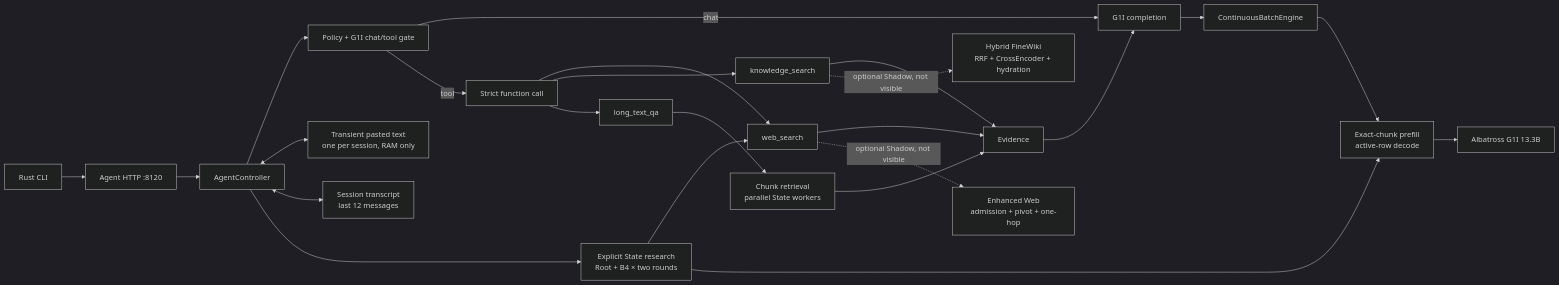
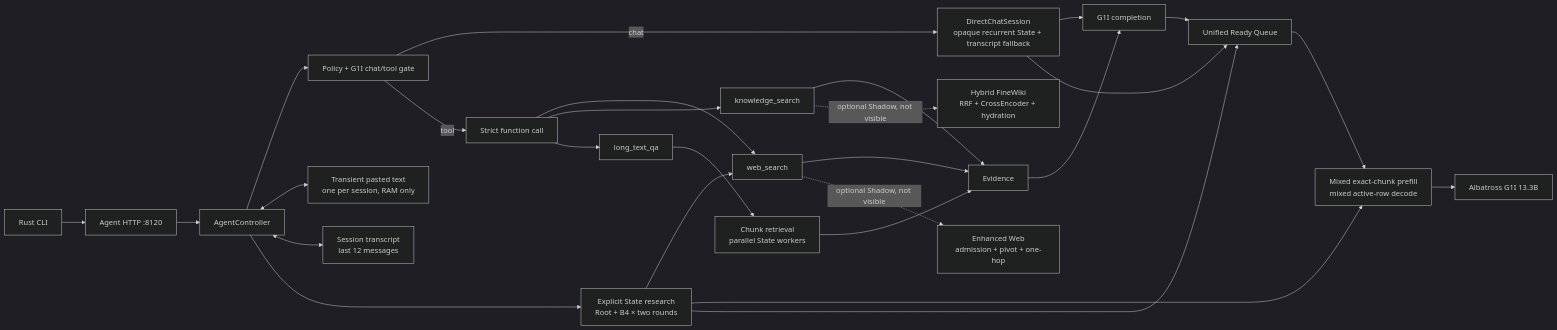
Before and after one commit to 123123213weqw/rwkv-agent: the diagram in docs/RWKV_AGENT.md, drawn with Mermaid (dark theme). The commit also changed other lines of this file and 145 other files, not shown here.

````diff
--- a/docs/RWKV_AGENT.md
+++ b/docs/RWKV_AGENT.md
@@ -63,26 +63,29 @@
 ```mermaid
 flowchart LR
     CLI["Rust CLI"] --> API["Agent HTTP :8120"]
     API --> C["AgentController"]
     C --> G["Policy + G1I chat/tool gate"]
     C <--> T["Transient pasted text\none per session, RAM only"]
-    G -->|chat| M["G1I completion"]
+    G -->|chat| CS["DirectChatSession\nopaque recurrent State + transcript fallback"]
+    CS --> M["G1I completion"]
     G -->|tool| F["Strict function call"]
     F --> W["web_search"]
     F --> K["knowledge_search"]
     F --> L["long_text_qa"]
     L --> X["Chunk retrieval\nparallel State workers"]
     W --> E["Evidence"]
     W -. "optional Shadow, not visible" .-> WS["Enhanced Web\nadmission + pivot + one-hop"]
     K --> E
     K -. "optional Shadow, not visible" .-> H["Hybrid FineWiki\nRRF + CrossEncoder + hydration"]
     X --> E
     E --> M
     C <--> S["Session transcript\nlast 12 messages"]
     C --> SR["Explicit State research\nRoot + B4 × two rounds"]
     SR --> W
     SR --> P
-    M --> Q["ContinuousBatchEngine"]
-    Q --> P["Exact-chunk prefill\nactive-row decode"]
+    M --> Q["Unified Ready Queue"]
+    CS --> Q
+    SR --> Q
+    Q --> P["Mixed exact-chunk prefill\nmixed active-row decode"]
     P --> R["Albatross G1I 13.3B"]
 ```
````
